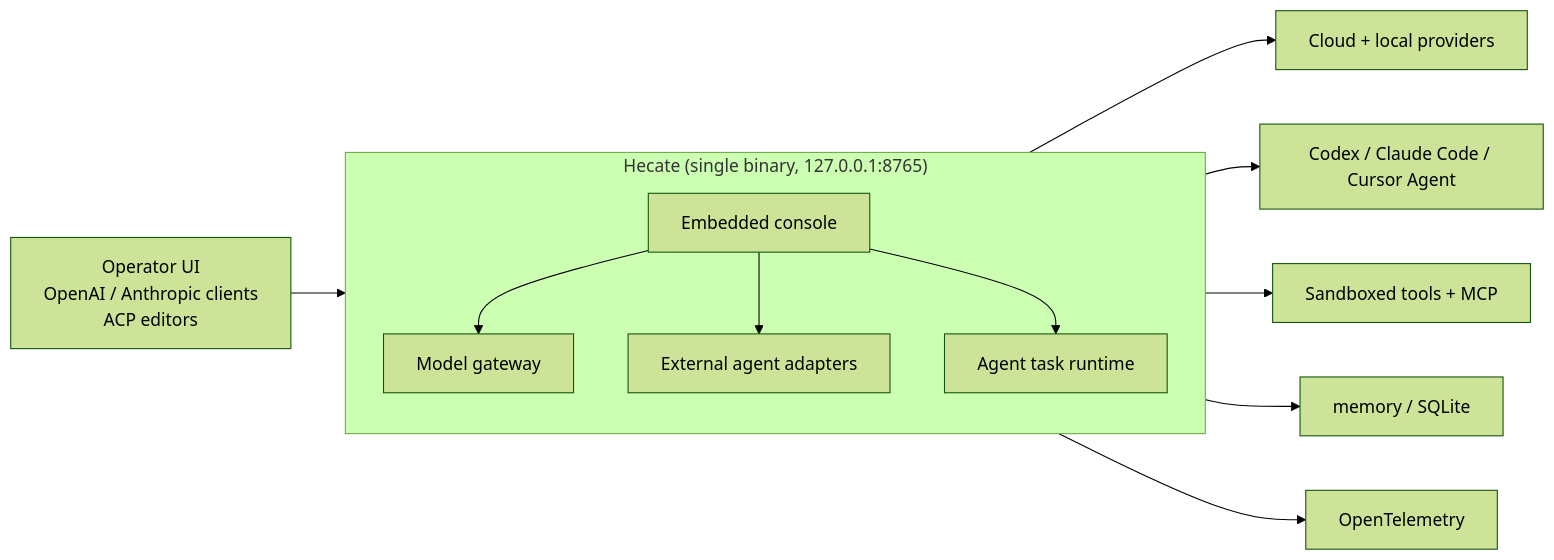
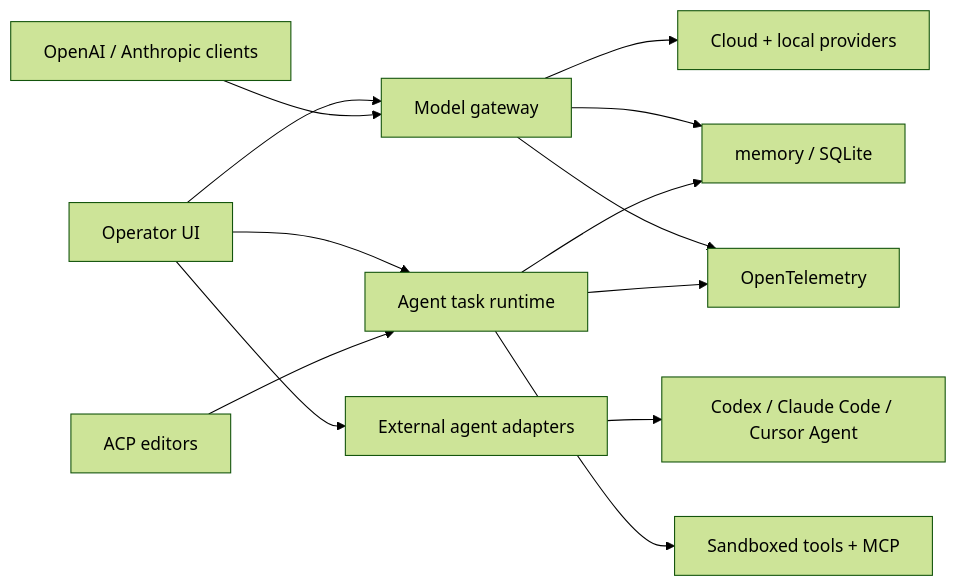
Before and after one commit to hecatehq/hecate: the diagram in README.md, drawn with Mermaid (forest theme). The commit also changed other lines of this file and 14 other files, not shown here.

````diff
--- a/README.md
+++ b/README.md
@@ -101,23 +109,24 @@
 ```mermaid
 flowchart LR
-    Clients["Operator UI<br/>OpenAI / Anthropic clients<br/>ACP editors"]
+    Console["Operator UI"]
+    APIClients["OpenAI / Anthropic clients"]
+    Editors["ACP editors"]
 
-    subgraph Hecate["Hecate (single binary, 127.0.0.1:8765)"]
-        direction TB
-        Console["Embedded console"]
-        Gateway["Model gateway"]
-        AgentAdapters["External agent adapters"]
-        Runtime["Agent task runtime"]
-    end
+    Gateway["Model gateway"]
+    AgentAdapters["External agent adapters"]
+    Runtime["Agent task runtime"]
 
-    Clients --> Hecate
     Console --> Gateway
     Console --> AgentAdapters
     Console --> Runtime
+    APIClients --> Gateway
+    Editors --> Runtime
 
     Gateway --> Providers["Cloud + local providers"]
     AgentAdapters --> CLIs["Codex / Claude Code / Cursor Agent"]
     Runtime --> Tools["Sandboxed tools + MCP"]
-    Hecate --> State["memory / SQLite"]
-    Hecate --> OTel["OpenTelemetry"]
+    Gateway --> State["memory / SQLite"]
+    Runtime --> State
+    Gateway --> OTel["OpenTelemetry"]
+    Runtime --> OTel
 ```
````
